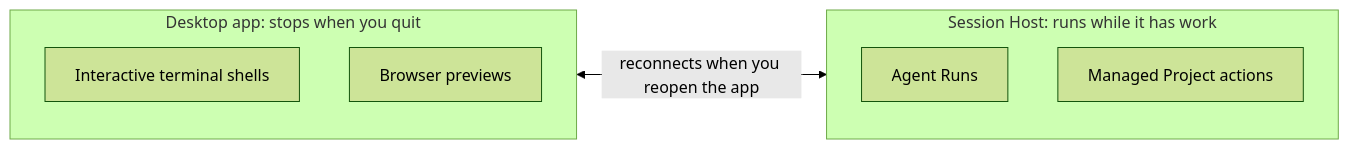
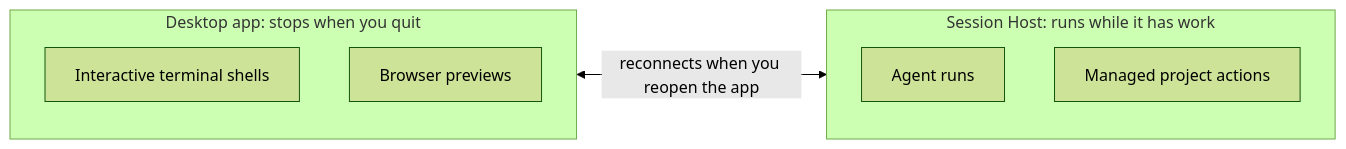
One commit to OpenWaggle/OpenWaggle changed the diagram in website/src/content/docs/configuration/session-recovery.md. Above: the diagram before and after it, drawn with Mermaid (forest theme). The commit also changed other lines of this file and 5 other files, not shown here.

````diff
--- a/website/src/content/docs/configuration/session-recovery.md
+++ b/website/src/content/docs/configuration/session-recovery.md
@@ -68,12 +74,12 @@
 ```mermaid
 flowchart LR
   subgraph desktop["Desktop app: stops when you quit"]
     term["Interactive terminal shells"]
     preview["Browser previews"]
   end
   subgraph host["Session Host: runs while it has work"]
-    runs["Agent Runs"]
-    actions["Managed Project actions"]
+    runs["Agent runs"]
+    actions["Managed project actions"]
   end
   desktop <-->|"reconnects when you reopen the app"| host
 ```
````
